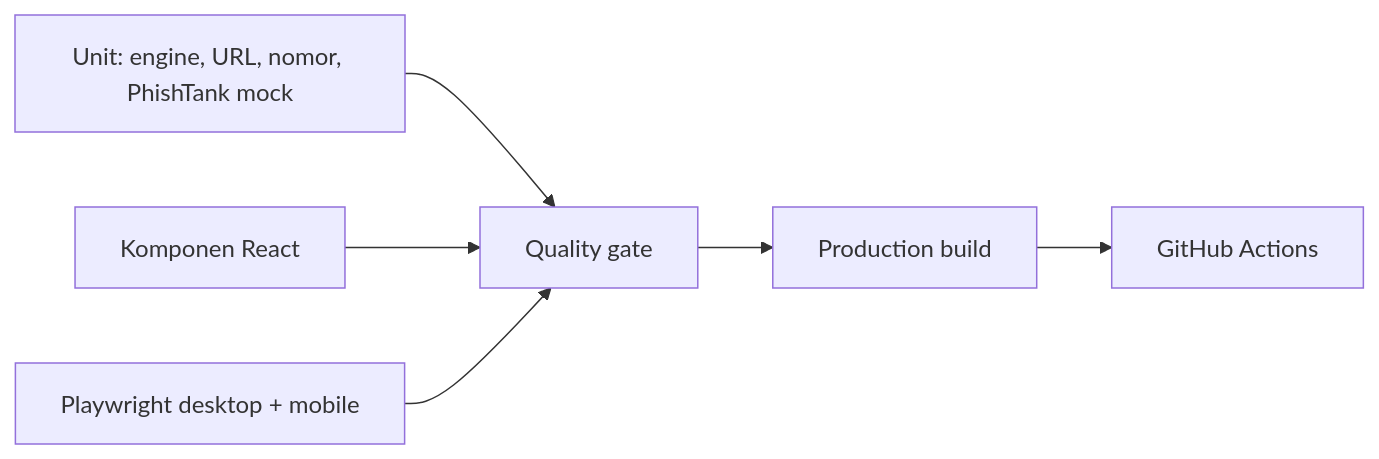
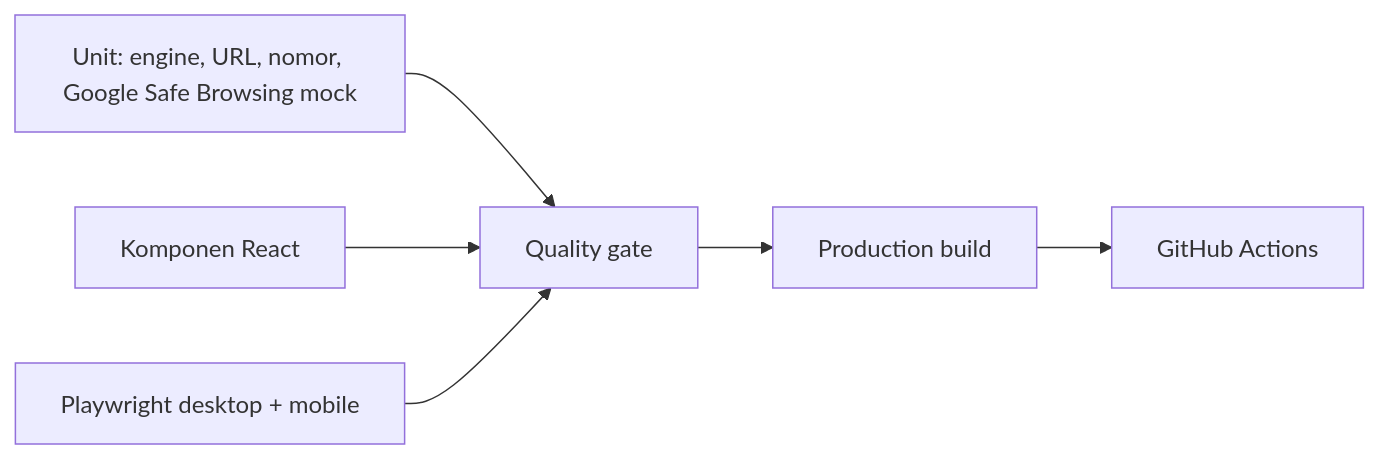
Before and after one commit to hissyam90/saring-app: the diagram in docs/TESTING.md, drawn with Mermaid. The commit also changed other lines of this file and 19 other files, not shown here.

First line of the commit message:
feat(reputation): ganti PhishTank dengan Google Safe Browsing

````diff
--- a/docs/TESTING.md
+++ b/docs/TESTING.md
@@ -5,8 +5,8 @@
 ```mermaid
 flowchart LR
-  Unit[Unit: engine, URL, nomor, PhishTank mock] --> Quality[Quality gate]
+  Unit[Unit: engine, URL, nomor, Google Safe Browsing mock] --> Quality[Quality gate]
   Components[Komponen React] --> Quality
   E2E[Playwright desktop + mobile] --> Quality
   Quality --> Build[Production build]
   Build --> CI[GitHub Actions]
 ```
````
